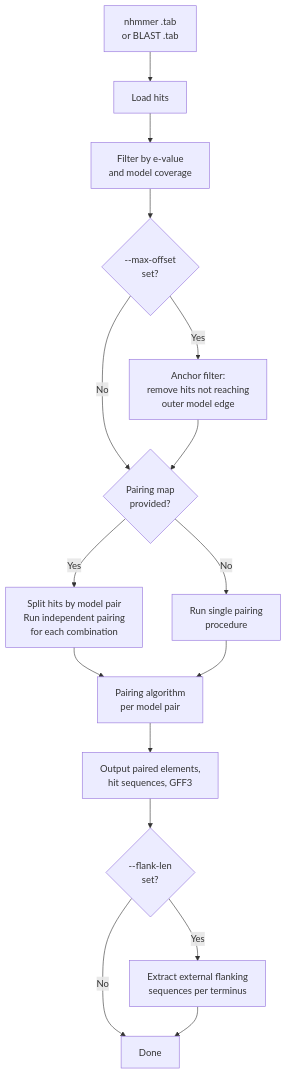
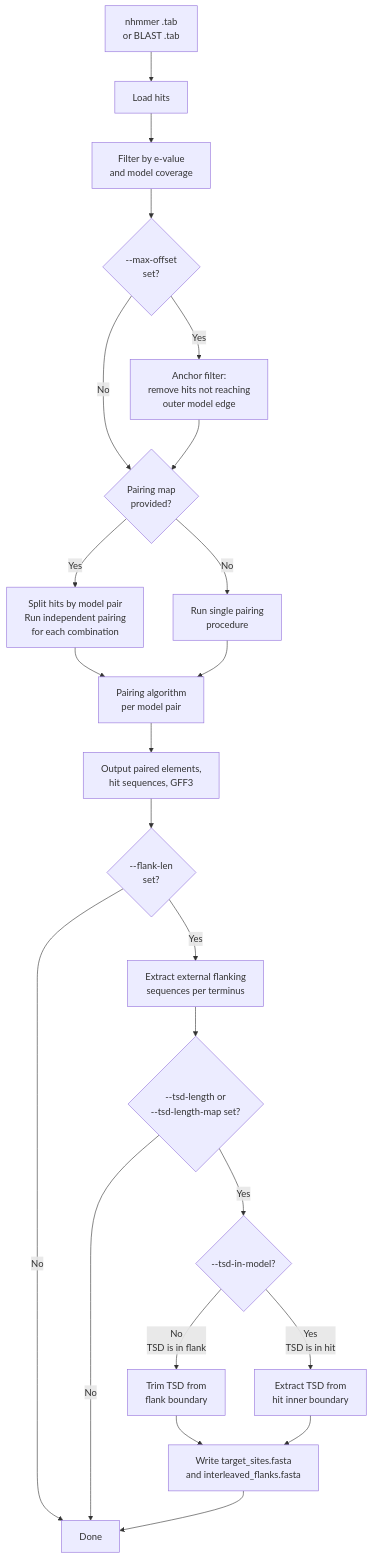
The first of 4 diagrams in docs/tutorials/tirmite-pair.md (Adamtaranto/TIRmite), drawn with Mermaid before and after one commit. The commit also changed other lines of this file and 8 other files, not shown here.

````diff
--- a/docs/tutorials/tirmite-pair.md
+++ b/docs/tutorials/tirmite-pair.md
@@ -7,18 +7,25 @@
 ```mermaid
 flowchart TD
     A[nhmmer .tab\nor BLAST .tab] --> B[Load hits]
     B --> C[Filter by e-value\nand model coverage]
     C --> C2{--max-offset\nset?}
     C2 -->|Yes| C3[Anchor filter:\nremove hits not reaching\nouter model edge]
     C2 -->|No| D
     C3 --> D{Pairing map\nprovided?}
     D -->|Yes| E[Split hits by model pair\nRun independent pairing\nfor each combination]
     D -->|No| F[Run single pairing\nprocedure]
     E --> G[Pairing algorithm\nper model pair]
     F --> G
     G --> H[Output paired elements,\nhit sequences, GFF3]
     H --> I{--flank-len\nset?}
     I -->|Yes| J[Extract external flanking\nsequences per terminus]
     I -->|No| K[Done]
-    J --> K
+    J --> L{--tsd-length or\n--tsd-length-map set?}
+    L -->|No| K
+    L -->|Yes| M{--tsd-in-model?}
+    M -->|No\nTSD is in flank| N[Trim TSD from\nflank boundary]
+    M -->|Yes\nTSD is in hit| O[Extract TSD from\nhit inner boundary]
+    N --> P[Write target_sites.fasta\nand interleaved_flanks.fasta]
+    O --> P
+    P --> K
 ```
````
